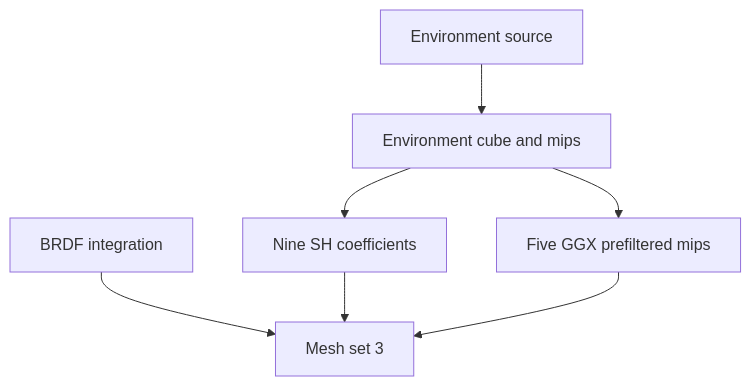
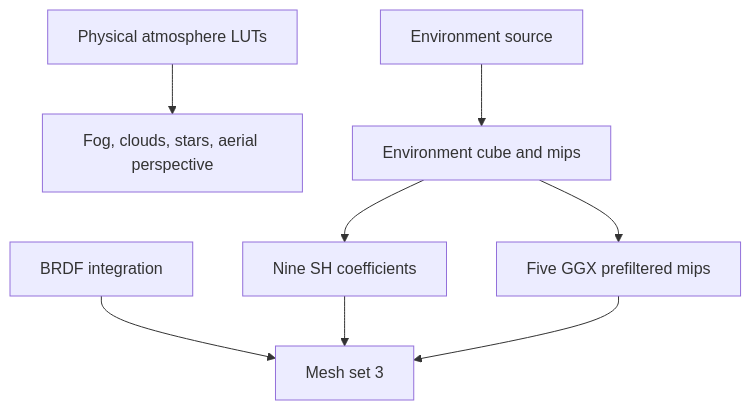
The diagram in docs/content/explanations/image-based-lighting/ibl-bake-pass.md (saffronjam/SaffronEngine), drawn with Mermaid before and after one commit. The commit also changed other lines of this file and 1 other file, not shown here.

First line of the commit message:
docs: document startup atmosphere initialization

````diff
--- a/docs/content/explanations/image-based-lighting/ibl-bake-pass.md
+++ b/docs/content/explanations/image-based-lighting/ibl-bake-pass.md
@@ -36,9 +44,10 @@
 ```mermaid
 flowchart TD
+    P[Physical atmosphere LUTs] --> G[Fog, clouds, stars, aerial perspective]
     A[Environment source] --> B[Environment cube and mips]
     B --> C[Nine SH coefficients]
     B --> D[Five GGX prefiltered mips]
     E[BRDF integration] --> F[Mesh set 3]
     C --> F
     D --> F
 ```
````
